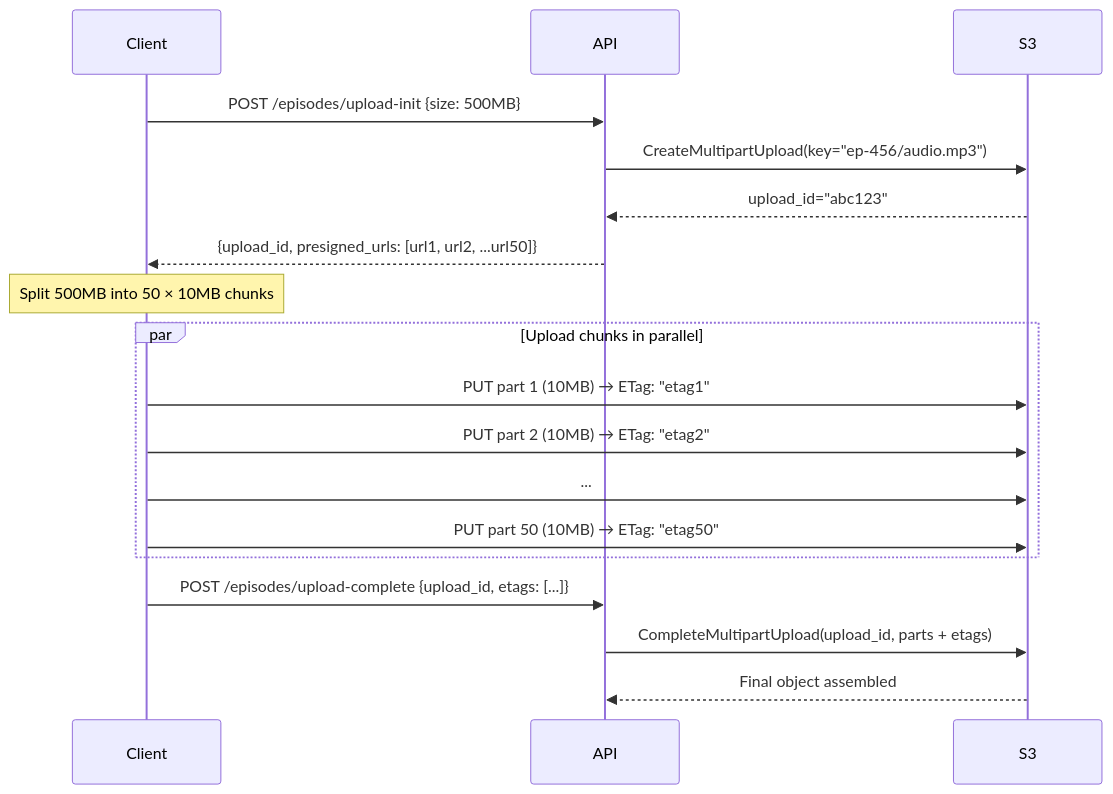
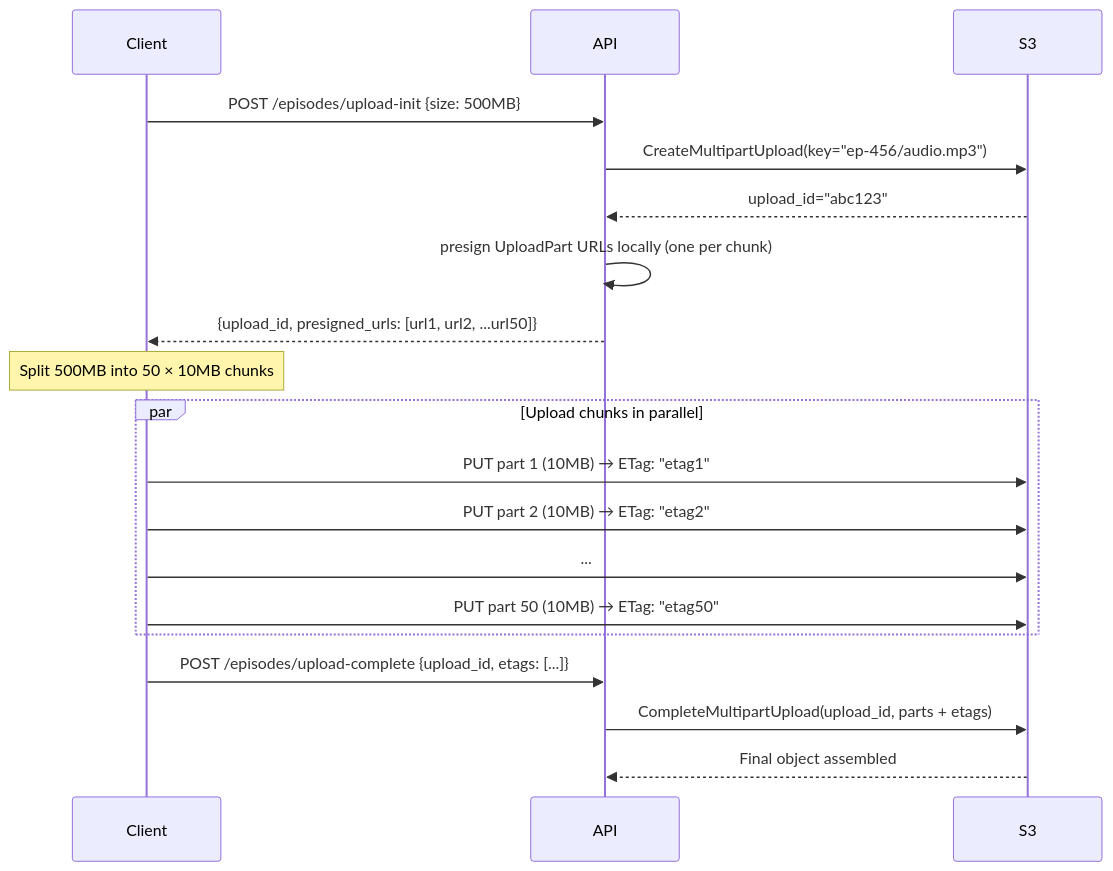
The fifth of 9 diagrams in System Design/docs/patterns/large-blobs.md (ramesankrishnakumar/BrainDump), drawn with Mermaid before and after one commit. The commit also changed other lines of this file and 2 other files, not shown here.

Commit message:
docs: file upload guide and clarify presign is local

````diff
--- a/System Design/docs/patterns/large-blobs.md
+++ b/System Design/docs/patterns/large-blobs.md
@@ -227,21 +229,22 @@
 ```mermaid
 sequenceDiagram
     participant Client
     participant API
     participant S3
 
     Client->>API: POST /episodes/upload-init {size: 500MB}
     API->>S3: CreateMultipartUpload(key="ep-456/audio.mp3")
     S3-->>API: upload_id="abc123"
+    API->>API: presign UploadPart URLs locally (one per chunk)
     API-->>Client: {upload_id, presigned_urls: [url1, url2, ...url50]}
     Note over Client: Split 500MB into 50 × 10MB chunks
     par Upload chunks in parallel
         Client->>S3: PUT part 1 (10MB) → ETag: "etag1"
         Client->>S3: PUT part 2 (10MB) → ETag: "etag2"
         Client->>S3: ...
         Client->>S3: PUT part 50 (10MB) → ETag: "etag50"
     end
     Client->>API: POST /episodes/upload-complete {upload_id, etags: [...]}
     API->>S3: CompleteMultipartUpload(upload_id, parts + etags)
     S3-->>API: Final object assembled
 ```
````
